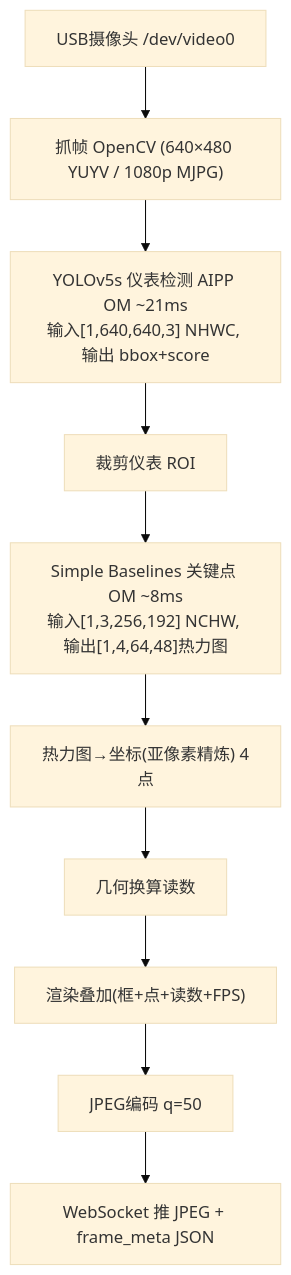
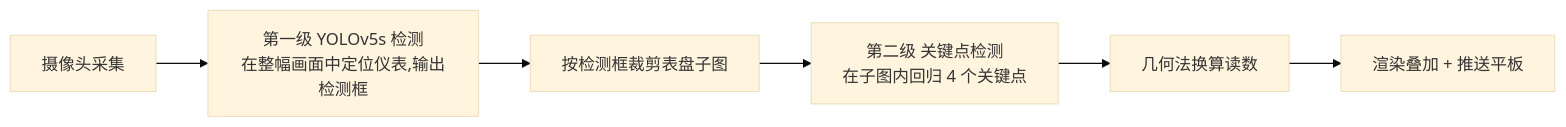
Before and after one commit to Drahann/OpenHarmonyCar: diagram 17 of 33 in 竞赛文档/作品设计文档.md, drawn with Mermaid (base theme). The commit also changed other lines of this file and 37 other files, not shown here.

````diff
--- a/竞赛文档/作品设计文档.md
+++ b/竞赛文档/作品设计文档.md
@@ -631,12 +572,8 @@
 ```mermaid
-flowchart TB
-  CAM["USB摄像头 /dev/video0"] --> GRAB["抓帧 OpenCV (640×480 YUYV / 1080p MJPG)"]
-  GRAB --> YOLO["YOLOv5s 仪表检测 AIPP OM ~21ms<br/>输入[1,640,640,3] NHWC, 输出 bbox+score"]
-  YOLO --> ROI["裁剪仪表 ROI"]
-  ROI --> KP["Simple Baselines 关键点 OM ~8ms<br/>输入[1,3,256,192] NCHW, 输出[1,4,64,48]热力图"]
-  KP --> REFINE["热力图→坐标(亚像素精炼) 4点"]
-  REFINE --> READ["几何换算读数"]
-  READ --> RENDER["渲染叠加(框+点+读数+FPS)"]
-  RENDER --> JPEG["JPEG编码 q=50"]
-  JPEG --> WS["WebSocket 推 JPEG + frame_meta JSON"]
+flowchart LR
+  CAM["摄像头采集"] --> YOLO["第一级 YOLOv5s 检测<br/>在整幅画面中定位仪表,输出检测框"]
+  YOLO --> CROP["按检测框裁剪表盘子图"]
+  CROP --> POSE2["第二级 关键点检测<br/>在子图内回归 4 个关键点"]
+  POSE2 --> GEO["几何法换算读数"]
+  GEO --> OUT["渲染叠加 + 推送平板"]
 ```
````
